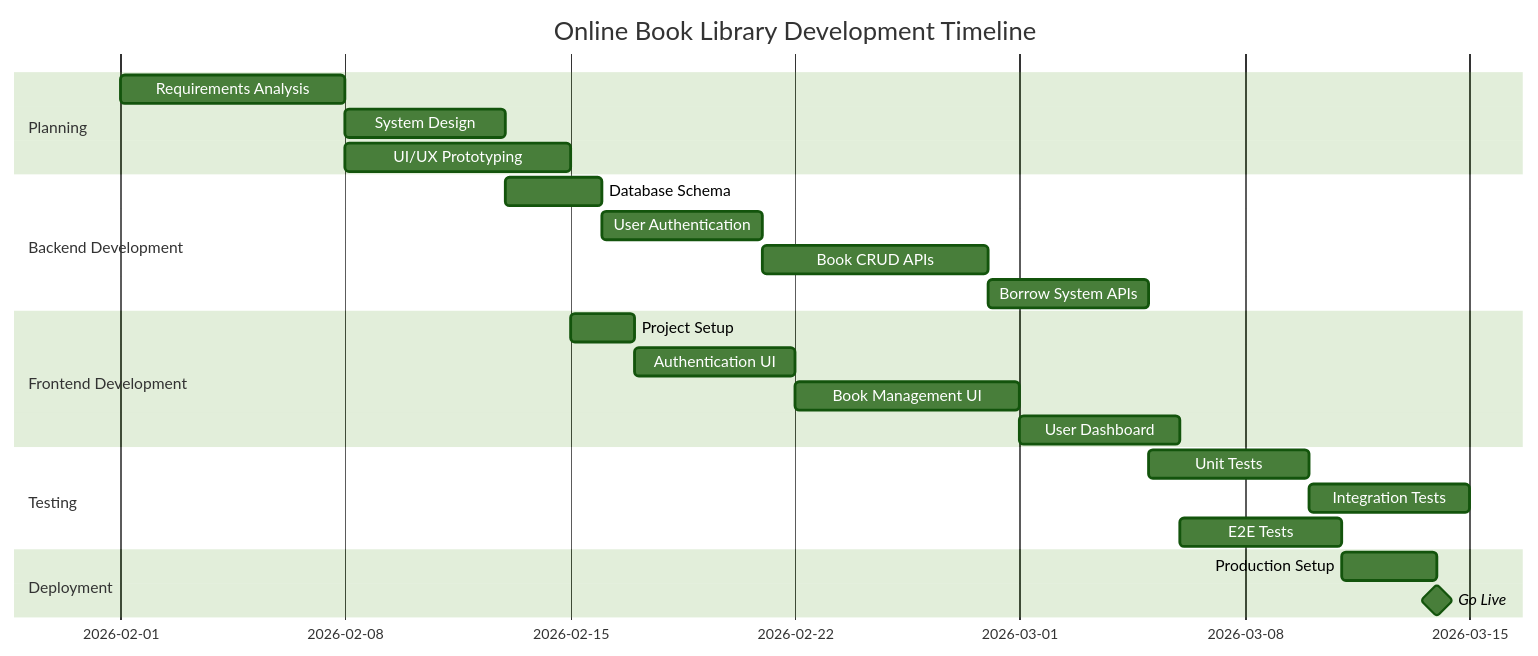
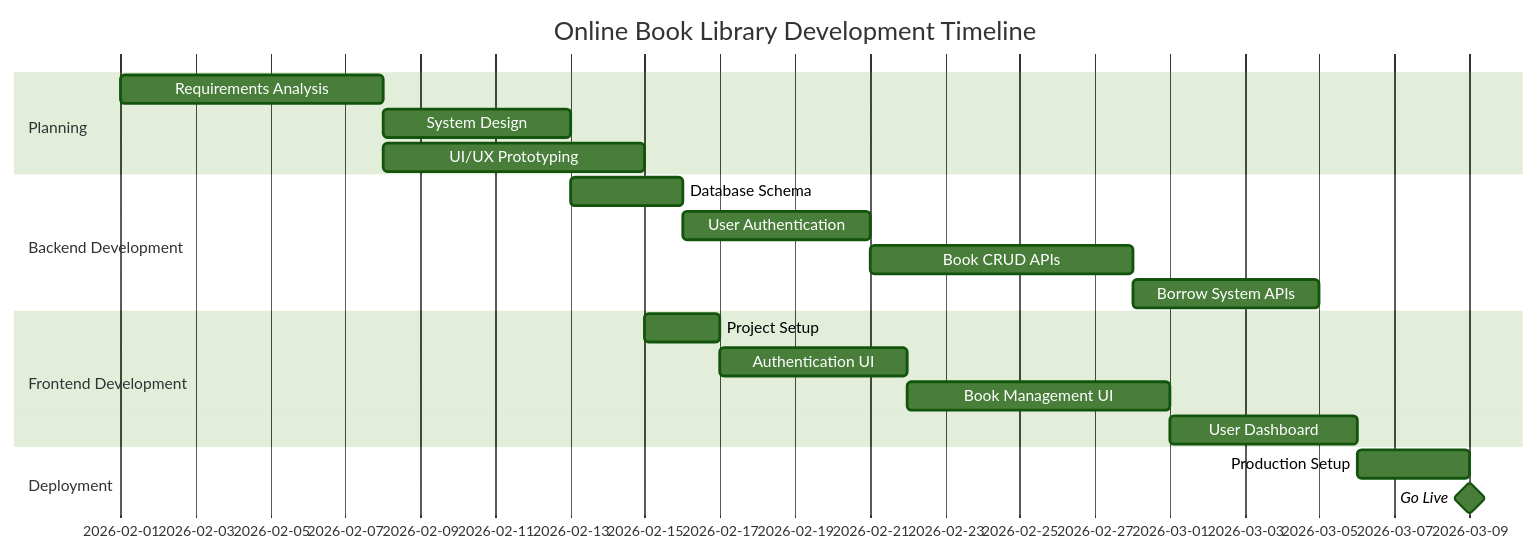
The sixth of 7 diagrams in README.md (Brian-code-123/book-library), drawn with Mermaid (forest theme) before and after one commit. The commit also changed other lines of this file and 10 other files, not shown here.

````diff
--- a/README.md
+++ b/README.md
@@ -162,30 +162,25 @@
 ```mermaid
 gantt
     title Online Book Library Development Timeline
     dateFormat  YYYY-MM-DD
     section Planning
     Requirements Analysis    :a1, 2026-02-01, 7d
     System Design           :a2, after a1, 5d
     UI/UX Prototyping       :a3, after a1, 7d
     
     section Backend Development
     Database Schema         :b1, after a2, 3d
     User Authentication     :b2, after b1, 5d
     Book CRUD APIs          :b3, after b2, 7d
     Borrow System APIs      :b4, after b3, 5d
     
     section Frontend Development
     Project Setup           :c1, after a3, 2d
     Authentication UI       :c2, after c1, 5d
     Book Management UI      :c3, after c2, 7d
     User Dashboard          :c4, after c3, 5d
     
-    section Testing
-    Unit Tests              :d1, after b4, 5d
-    Integration Tests       :d2, after d1, 5d
-    E2E Tests               :d3, after c4, 5d
-    
     section Deployment
-    Production Setup        :e1, after d3, 3d
+    Production Setup        :e1, after c4, 3d
     Go Live                 :milestone, after e1, 0d
 ```
````
